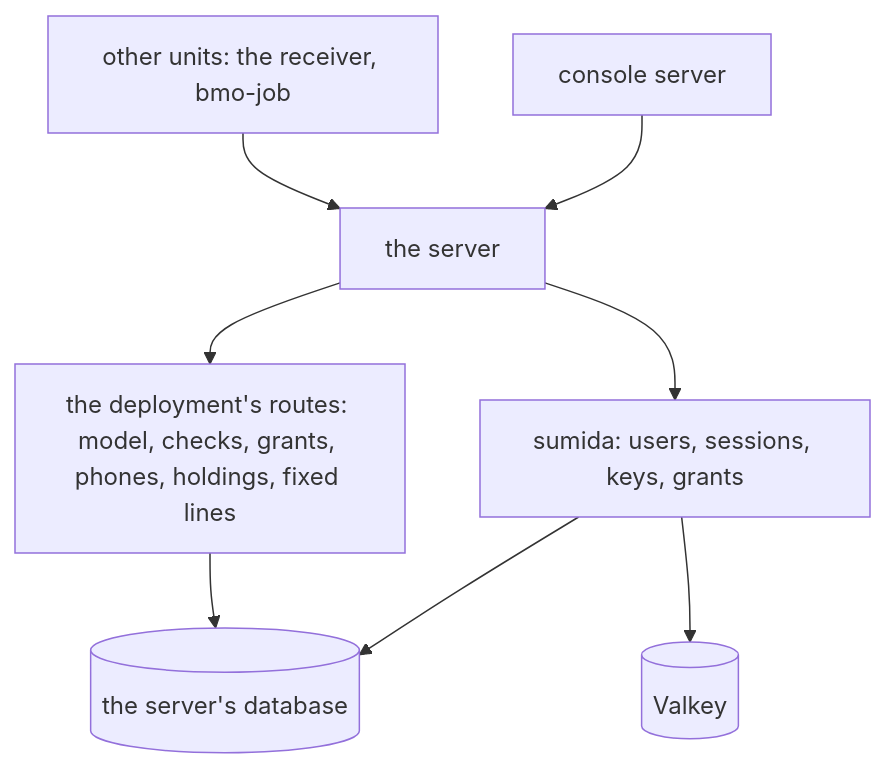
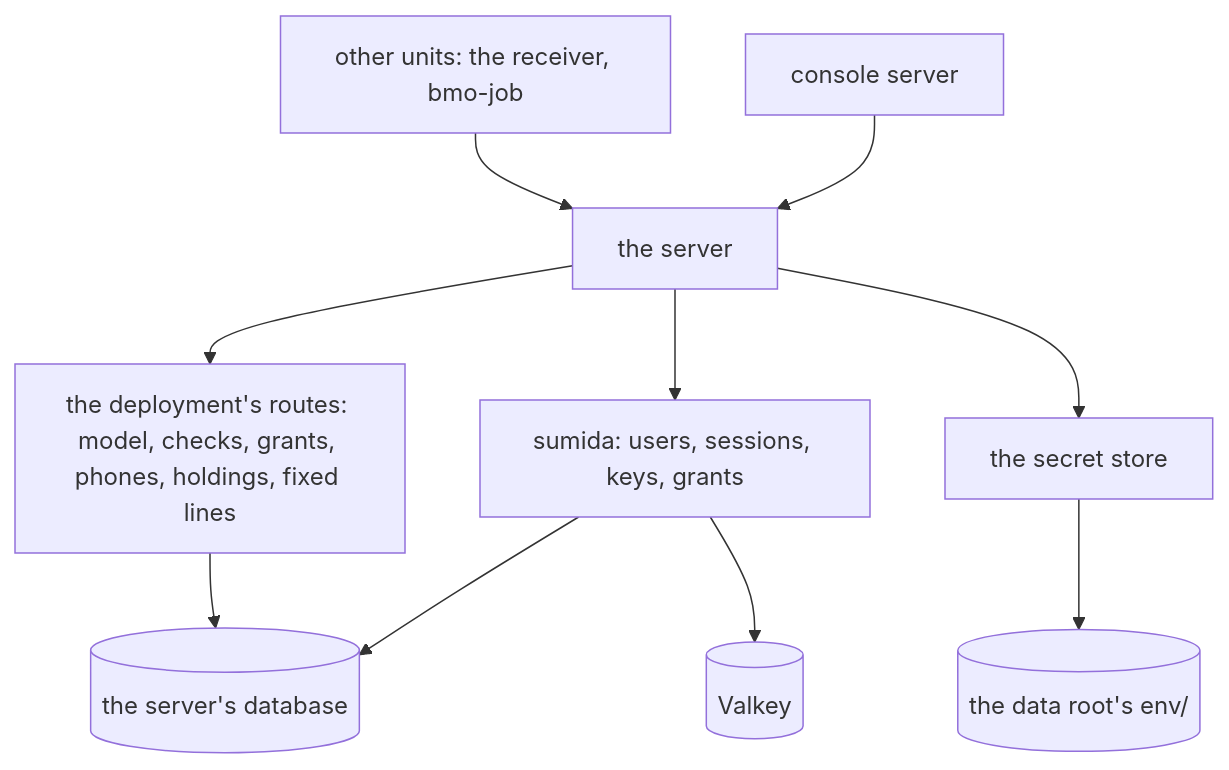
One commit to ahas/bmo-platform changed the diagram in docs/accounts.md. Above: the diagram before and after it, drawn with Mermaid. The commit also changed other lines of this file and 31 other files, not shown here.

Commit message:
Add the secret store: server routes writing env/ and the console's settings section for it

````diff
--- a/docs/accounts.md
+++ b/docs/accounts.md
@@ -18,10 +20,12 @@
 ```mermaid
 flowchart TD
   Console[console server] --> Server[the server]
   Units[other units: the receiver, bmo-job] --> Server
   Server --> Sumida[sumida: users, sessions, keys, grants]
   Server --> Own[the deployment's routes: model, checks, grants, phones, holdings, fixed lines]
+  Server --> Store[the secret store]
   Sumida --> PG[(the server's database)]
   Own --> PG
+  Store --> Env[(the data root's env/)]
   Sumida --> Valkey[(Valkey)]
 ```
````
